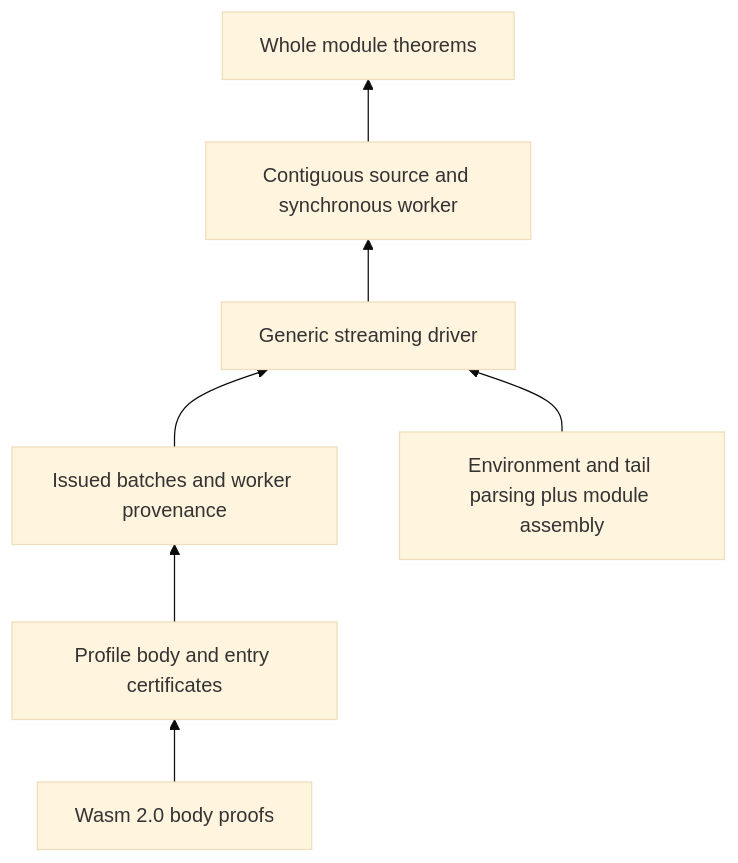
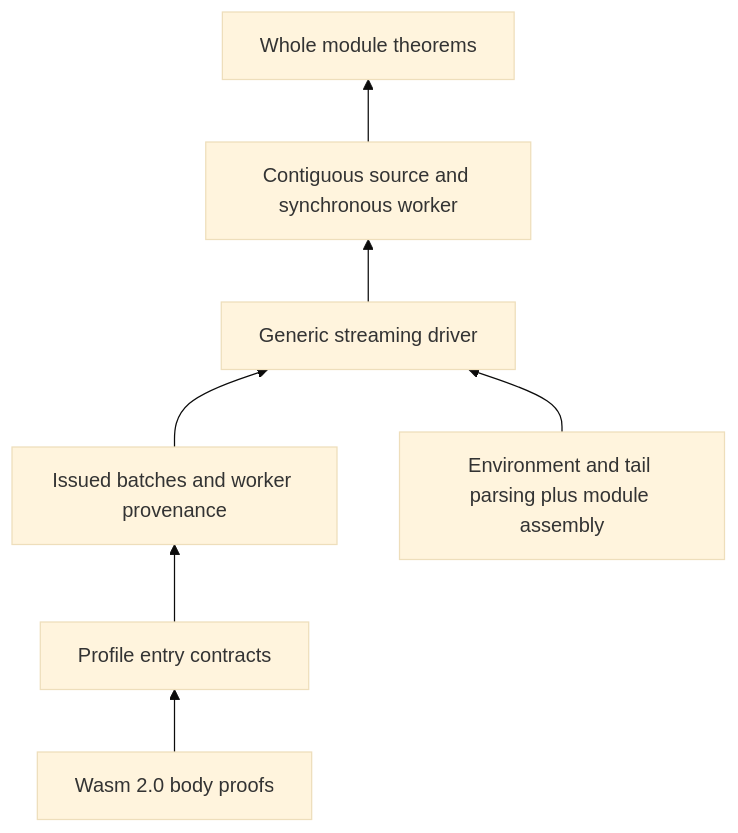
Before and after one commit to eqrion/itasca: the diagram in lean/PROOF_GUIDE.md, drawn with Mermaid (base theme). The commit also changed other lines of this file and 538 other files, not shown here.

````diff
--- a/lean/PROOF_GUIDE.md
+++ b/lean/PROOF_GUIDE.md
@@ -135,9 +131,9 @@
 ```mermaid
 flowchart BT
-  W[Wasm 2.0 body proofs] --> P[Profile body and entry certificates]
+  W[Wasm 2.0 body proofs] --> P[Profile entry contracts]
   P --> B[Issued batches and worker provenance]
   B --> D[Generic streaming driver]
   M[Environment and tail parsing plus module assembly] --> D
   D --> A[Contiguous source and synchronous worker]
   A --> T[Whole module theorems]
 ```
````
